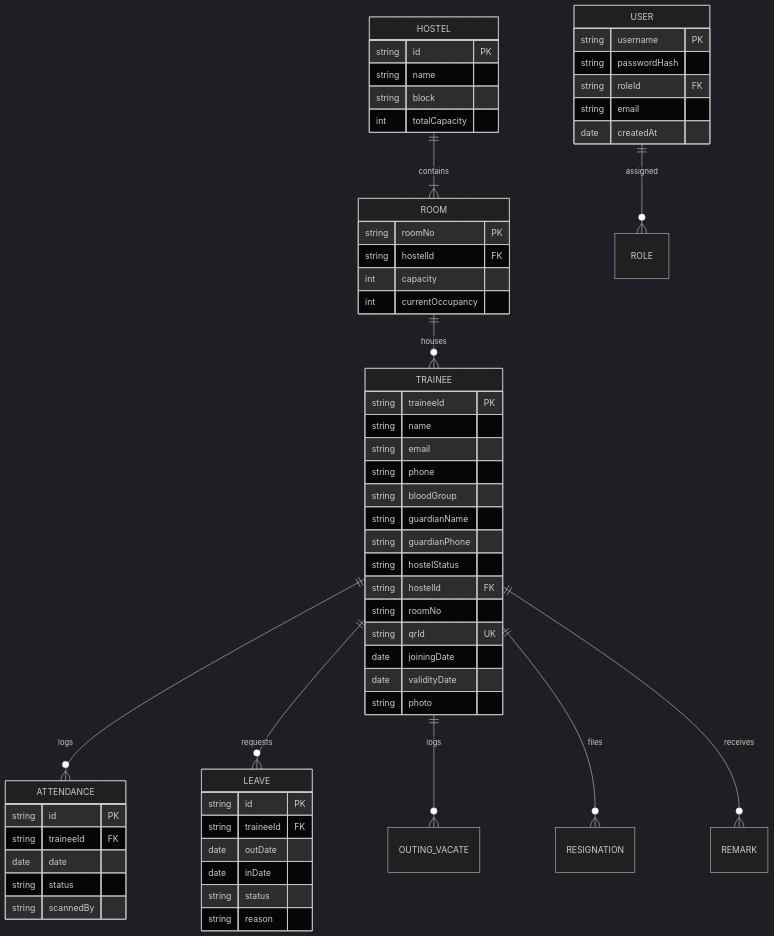
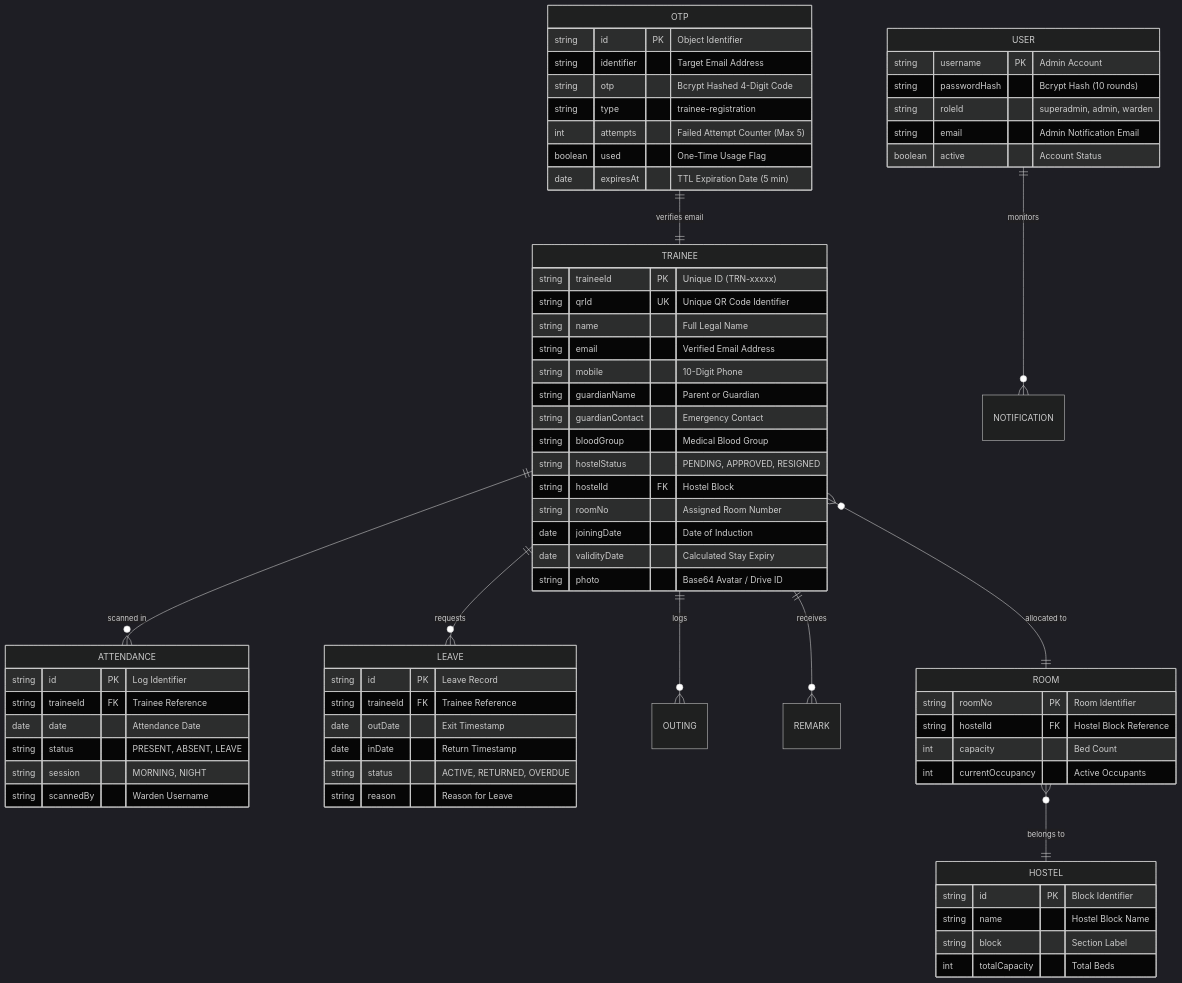
The third of 6 diagrams in PROJECT_REPORT.md (RavaneshSaravanan/Trainee-Hostel-Management), drawn with Mermaid (dark theme) before and after one commit. The commit also changed other lines of this file, not shown here.

Commit message:
Update comprehensive project report with complete system architecture, security, and multi-provider email strategy

````diff
--- a/PROJECT_REPORT.md
+++ b/PROJECT_REPORT.md
@@ -156,67 +214,78 @@
 ```mermaid
 erDiagram
-    TRAINEE ||--o{ ATTENDANCE : logs
-    TRAINEE ||--o{ LEAVE : requests
-    TRAINEE ||--o{ OUTING_VACATE : logs
-    TRAINEE ||--o{ RESIGNATION : files
-    TRAINEE ||--o{ REMARK : receives
-    HOSTEL ||--|{ ROOM : contains
-    ROOM ||--o{ TRAINEE : houses
-    USER ||--o{ ROLE : assigned
+    TRAINEE ||--o{ ATTENDANCE : "scanned in"
+    TRAINEE ||--o{ LEAVE : "requests"
+    TRAINEE ||--o{ OUTING : "logs"
+    TRAINEE ||--o{ REMARK : "receives"
+    TRAINEE }o--|| ROOM : "allocated to"
+    ROOM }o--|| HOSTEL : "belongs to"
+    USER ||--o{ NOTIFICATION : "monitors"
+    OTP ||--|| TRAINEE : "verifies email"
 
     TRAINEE {
-        string traineeId PK
-        string name
-        string email
-        string phone
-        string bloodGroup
-        string guardianName
-        string guardianPhone
-        string hostelStatus
-        string hostelId FK
-        string roomNo
-        string qrId UK
-        date joiningDate
-        date validityDate
-        string photo
+        string traineeId PK "Unique ID (TRN-xxxxx)"
+        string qrId UK "Unique QR Code Identifier"
+        string name "Full Legal Name"
+        string email "Verified Email Address"
+        string mobile "10-Digit Phone"
+        string guardianName "Parent or Guardian"
+        string guardianContact "Emergency Contact"
+        string bloodGroup "Medical Blood Group"
+        string hostelStatus "PENDING, APPROVED, RESIGNED"
+        string hostelId FK "Hostel Block"
+        string roomNo "Assigned Room Number"
+        date joiningDate "Date of Induction"
+        date validityDate "Calculated Stay Expiry"
+        string photo "Base64 Avatar / Drive ID"
     }
 
     HOSTEL {
-        string id PK
-        string name
-        string block
-        int totalCapacity
+        string id PK "Block Identifier"
+        string name "Hostel Block Name"
+        string block "Section Label"
+        int totalCapacity "Total Beds"
     }
 
     ROOM {
-        string roomNo PK
-        string hostelId FK
-        int capacity
-        int currentOccupancy
+        string roomNo PK "Room Identifier"
+        string hostelId FK "Hostel Block Reference"
+        int capacity "Bed Count"
+        int currentOccupancy "Active Occupants"
+    }
+
+    OTP {
+        string id PK "Object Identifier"
+        string identifier "Target Email Address"
+        string otp "Bcrypt Hashed 4-Digit Code"
+        string type "trainee-registration"
+        int attempts "Failed Attempt Counter (Max 5)"
+        boolean used "One-Time Usage Flag"
+        date expiresAt "TTL Expiration Date (5 min)"
     }
 
     ATTENDANCE {
-        string id PK
-        string traineeId FK
-        date date
-        string status
-        string scannedBy
+        string id PK "Log Identifier"
+        string traineeId FK "Trainee Reference"
+        date date "Attendance Date"
+        string status "PRESENT, ABSENT, LEAVE"
+        string session "MORNING, NIGHT"
+        string scannedBy "Warden Username"
     }
 
     LEAVE {
-        string id PK
-        string traineeId FK
-        date outDate
-        date inDate
-        string status
-        string reason
+        string id PK "Leave Record"
+        string traineeId FK "Trainee Reference"
+        date outDate "Exit Timestamp"
+        date inDate "Return Timestamp"
+        string status "ACTIVE, RETURNED, OVERDUE"
+        string reason "Reason for Leave"
     }
 
     USER {
-        string username PK
-        string passwordHash
-        string roleId FK
-        string email
-        date createdAt
+        string username PK "Admin Account"
+        string passwordHash "Bcrypt Hash (10 rounds)"
+        string roleId "superadmin, admin, warden"
+        string email "Admin Notification Email"
+        boolean active "Account Status"
     }
 ```
````
